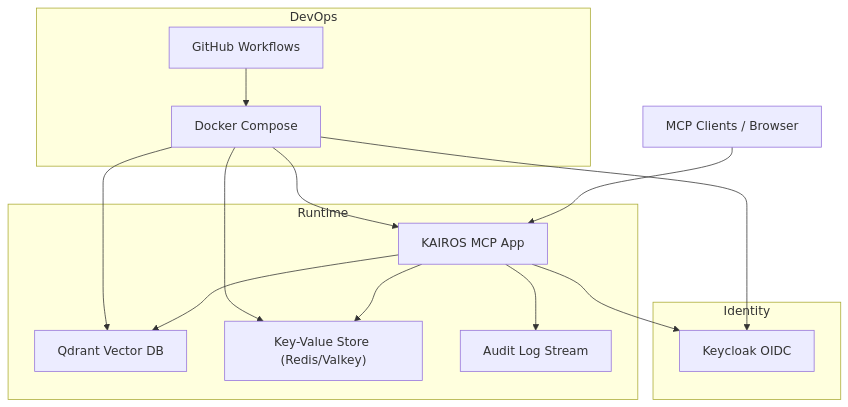
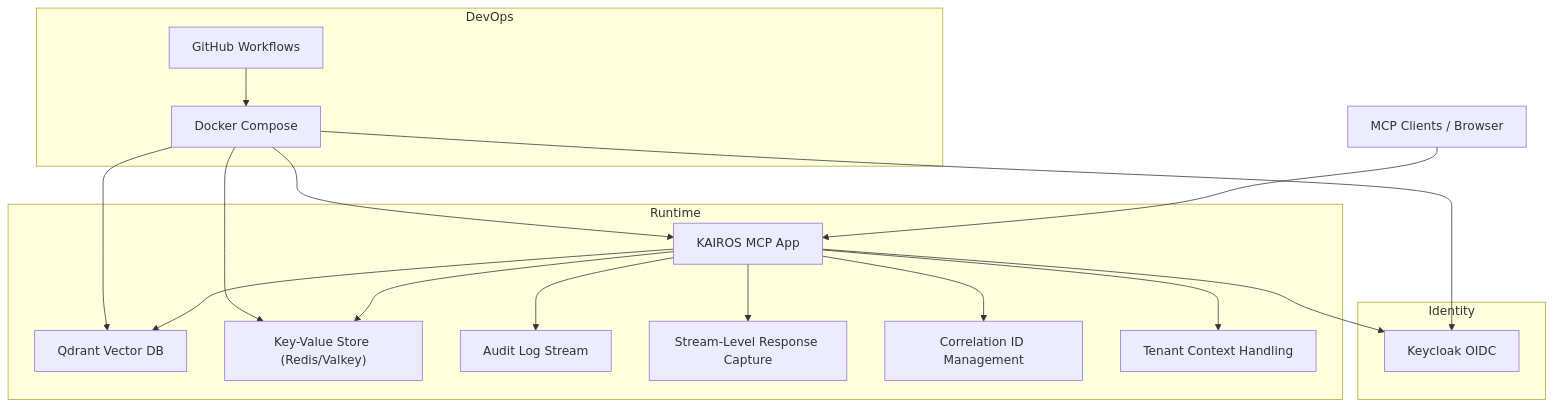
The first of 5 diagrams in .qoder/repowiki/en/content/Security Considerations.md (debian777/kairos-mcp), drawn with Mermaid before and after one commit. The commit also changed other lines of this file and 5 other files, not shown here.

First line of the commit message:
fix(audit): capture response at transport.send() level

````diff
--- a/.qoder/repowiki/en/content/Security Considerations.md
+++ b/.qoder/repowiki/en/content/Security Considerations.md
@@ -60,26 +59,32 @@
 ```mermaid
 graph TB
 subgraph "Runtime"
 APP["KAIROS MCP App"]
 QDRANT["Qdrant Vector DB"]
 KV["Key-Value Store (Redis/Valkey)"]
 AUDIT["Audit Log Stream"]
+RESPONSE_CAPTURE["Stream-Level Response Capture"]
+CORRELATION["Correlation ID Management"]
+TENANT_CONTEXT["Tenant Context Handling"]
 end
 subgraph "Identity"
 KEYCLOAK["Keycloak OIDC"]
 end
 subgraph "DevOps"
 DOCKER["Docker Compose"]
 GH["GitHub Workflows"]
 end
 CLIENT["MCP Clients / Browser"] --> APP
 APP --> QDRANT
 APP --> KV
 APP --> AUDIT
+APP --> RESPONSE_CAPTURE
+APP --> CORRELATION
+APP --> TENANT_CONTEXT
 APP --> KEYCLOAK
 DOCKER --> APP
 DOCKER --> QDRANT
 DOCKER --> KV
 DOCKER --> KEYCLOAK
 GH --> DOCKER
 ```
````
